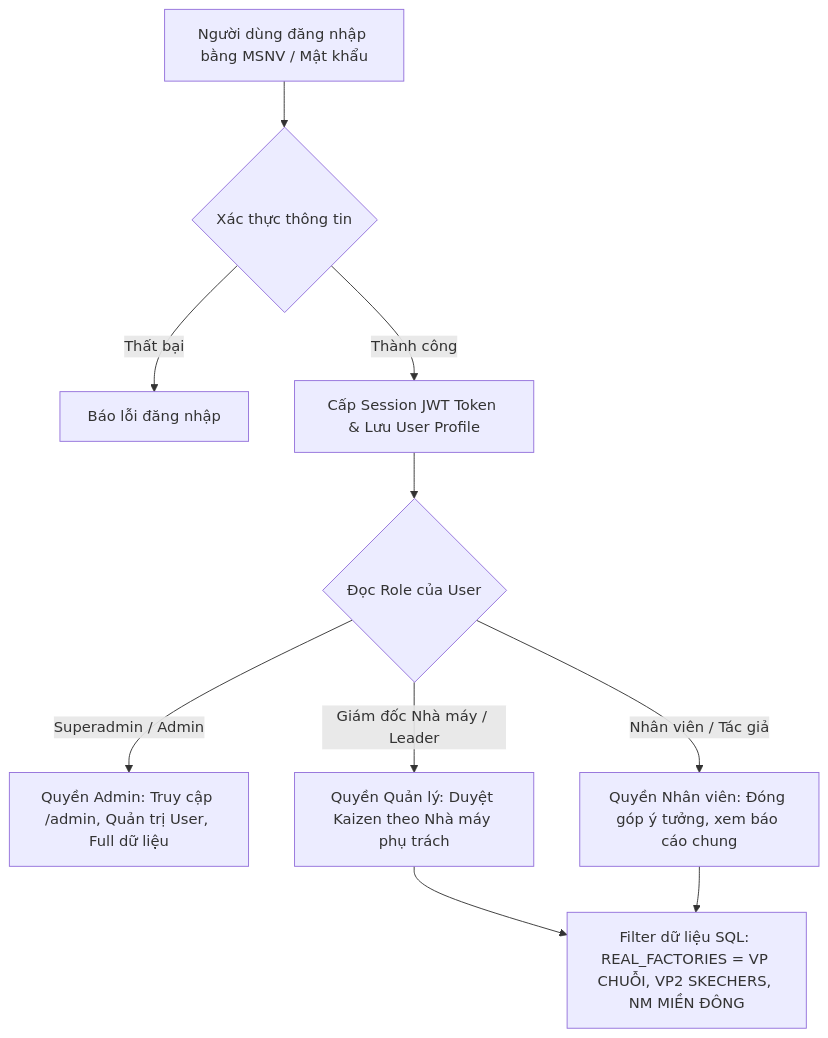
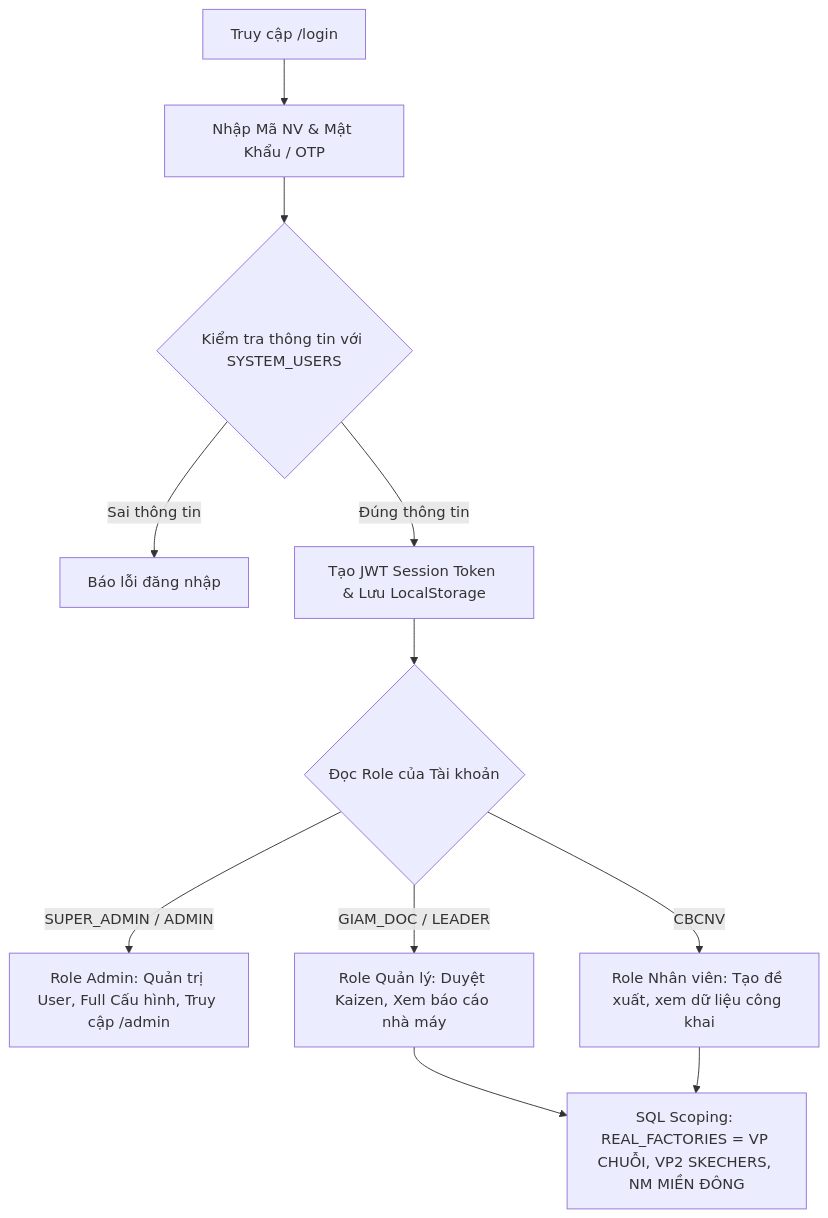
One commit to tbsgroup2026/vpchuoiskechers changed the fourth of 7 diagrams in README.md. Above: the diagram before and after it, drawn with Mermaid. The commit also changed other lines of this file and 1 other file, not shown here.

Commit message:
docs: Expand README with comprehensive architecture, D1 DB schema, API reference and all sub-system flowcharts

````diff
--- a/README.md
+++ b/README.md
@@ -176,14 +199,16 @@
 ```mermaid
 flowchart TD
-    LoginReq[Người dùng đăng nhập bằng MSNV / Mật khẩu] --> AuthCheck{Xác thực thông tin}
-    AuthCheck -->|Thất bại| LoginErr[Báo lỗi đăng nhập]
-    AuthCheck -->|Thành công| IssueJWT[Cấp Session JWT Token & Lưu User Profile]
+    LoginScreen[Truy cập /login] --> InputCreds[Nhập Mã NV & Mật Khẩu / OTP]
+    InputCreds --> VerifyUser{Kiểm tra thông tin với SYSTEM_USERS}
 
-    IssueJWT --> GetRole{Đọc Role của User}
-    GetRole -->|Superadmin / Admin| FullAccess[Quyền Admin: Truy cập /admin, Quản trị User, Full dữ liệu]
-    GetRole -->|Giám đốc Nhà máy / Leader| FactoryAccess[Quyền Quản lý: Duyệt Kaizen theo Nhà máy phụ trách]
-    GetRole -->|Nhân viên / Tác giả| UserAccess[Quyền Nhân viên: Đóng góp ý tưởng, xem báo cáo chung]
+    VerifyUser -->|Sai thông tin| AuthErr[Báo lỗi đăng nhập]
+    VerifyUser -->|Đúng thông tin| IssueJWT[Tạo JWT Session Token & Lưu LocalStorage]
 
-    FactoryAccess --> ScopeData[Filter dữ liệu SQL: REAL_FACTORIES = VP CHUỖI, VP2 SKECHERS, NM MIỀN ĐÔNG]
-    UserAccess --> ScopeData
+    IssueJWT --> GetRole{Đọc Role của Tài khoản}
+    GetRole -->|SUPER_ADMIN / ADMIN| RoleAdmin[Role Admin: Quản trị User, Full Cấu hình, Truy cập /admin]
+    GetRole -->|GIAM_DOC / LEADER| RoleManager[Role Quản lý: Duyệt Kaizen, Xem báo cáo nhà máy]
+    GetRole -->|CBCNV| RoleEmp[Role Nhân viên: Tạo đề xuất, xem dữ liệu công khai]
+
+    RoleManager --> ScopeSQL[SQL Scoping: REAL_FACTORIES = VP CHUỖI, VP2 SKECHERS, NM MIỀN ĐÔNG]
+    RoleEmp --> ScopeSQL
 ```
````
